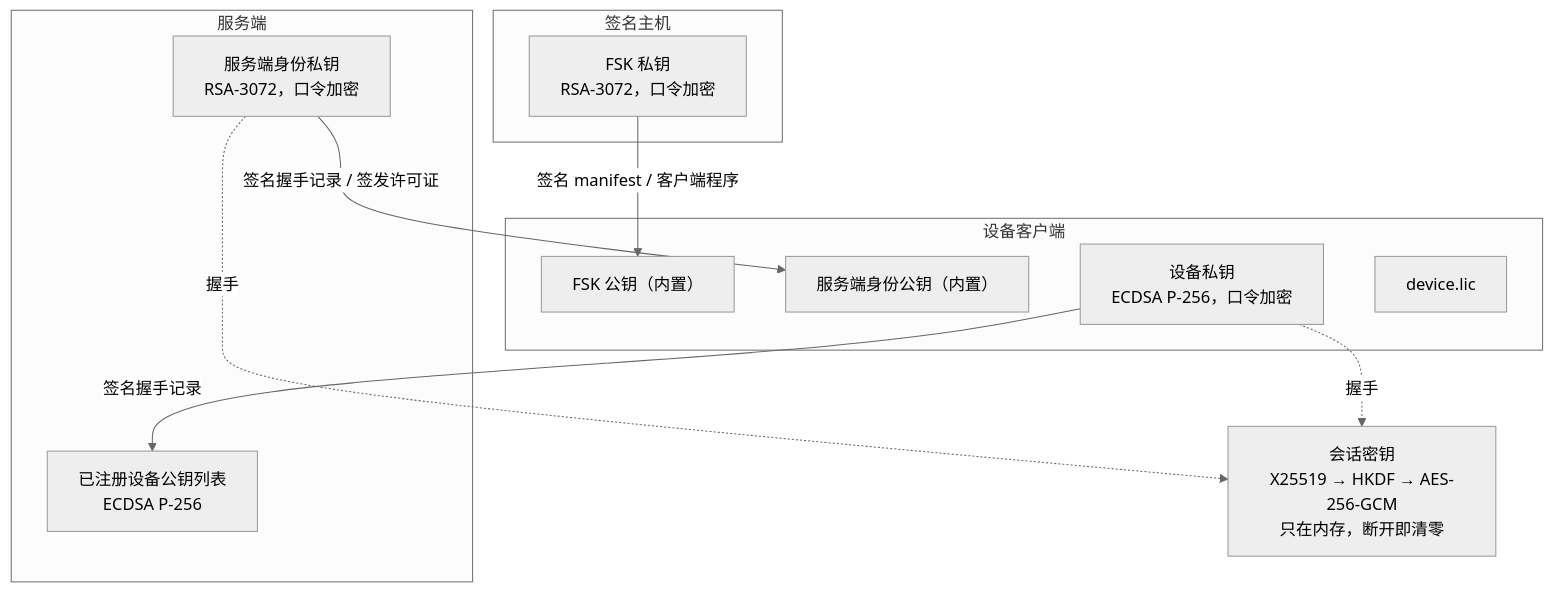
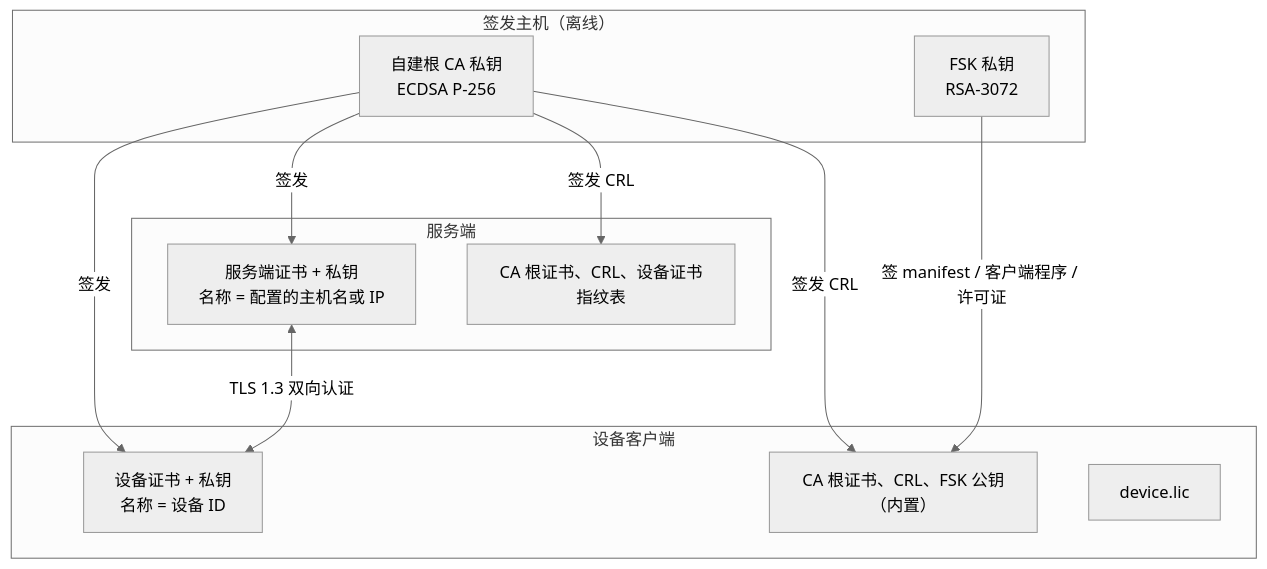
One commit to ahu-iii/firmware-distribution-system changed the tenth of 11 diagrams in docs/系统设计说明书.md. Above: the diagram before and after it, drawn with Mermaid (neutral theme). The commit also changed other lines of this file and 54 other files, not shown here.

````diff
--- a/docs/系统设计说明书.md
+++ b/docs/系统设计说明书.md
@@ -567,22 +564,22 @@
 ```mermaid
 flowchart TB
-    subgraph SignerHost["签名主机"]
-        FSKpriv["FSK 私钥<br/>RSA-3072，口令加密"]
+    subgraph SignerHost["签发主机（离线）"]
+        CA["自建根 CA 私钥<br/>ECDSA P-256"]
+        FSK["FSK 私钥<br/>RSA-3072"]
     end
     subgraph ServerHost["服务端"]
-        SIDpriv["服务端身份私钥<br/>RSA-3072，口令加密"]
-        DevPubs["已注册设备公钥列表<br/>ECDSA P-256"]
+        SCert["服务端证书 + 私钥<br/>名称 = 配置的主机名或 IP"]
+        Trust1["CA 根证书、CRL、设备证书指纹表"]
     end
     subgraph Device["设备客户端"]
-        FSKpub["FSK 公钥（内置）"]
-        SIDpub["服务端身份公钥（内置）"]
-        DEVpriv["设备私钥<br/>ECDSA P-256，口令加密"]
+        DCert["设备证书 + 私钥<br/>名称 = 设备 ID"]
+        Trust2["CA 根证书、CRL、FSK 公钥（内置）"]
         Lic["device.lic"]
     end
-    FSKpriv -->|签名 manifest / 客户端程序| FSKpub
-    SIDpriv -->|签名握手记录 / 签发许可证| SIDpub
-    DEVpriv -->|签名握手记录| DevPubs
-    Session["会话密钥<br/>X25519 → HKDF → AES-256-GCM<br/>只在内存，断开即清零"]
-    SIDpriv -.握手.-> Session
-    DEVpriv -.握手.-> Session
+    CA -->|签发| SCert
+    CA -->|签发| DCert
+    CA -->|签发 CRL| Trust1
+    CA -->|签发 CRL| Trust2
+    FSK -->|"签 manifest / 客户端程序 / 许可证"| Trust2
+    SCert <-->|"TLS 1.3 双向认证"| DCert
 ```
````
